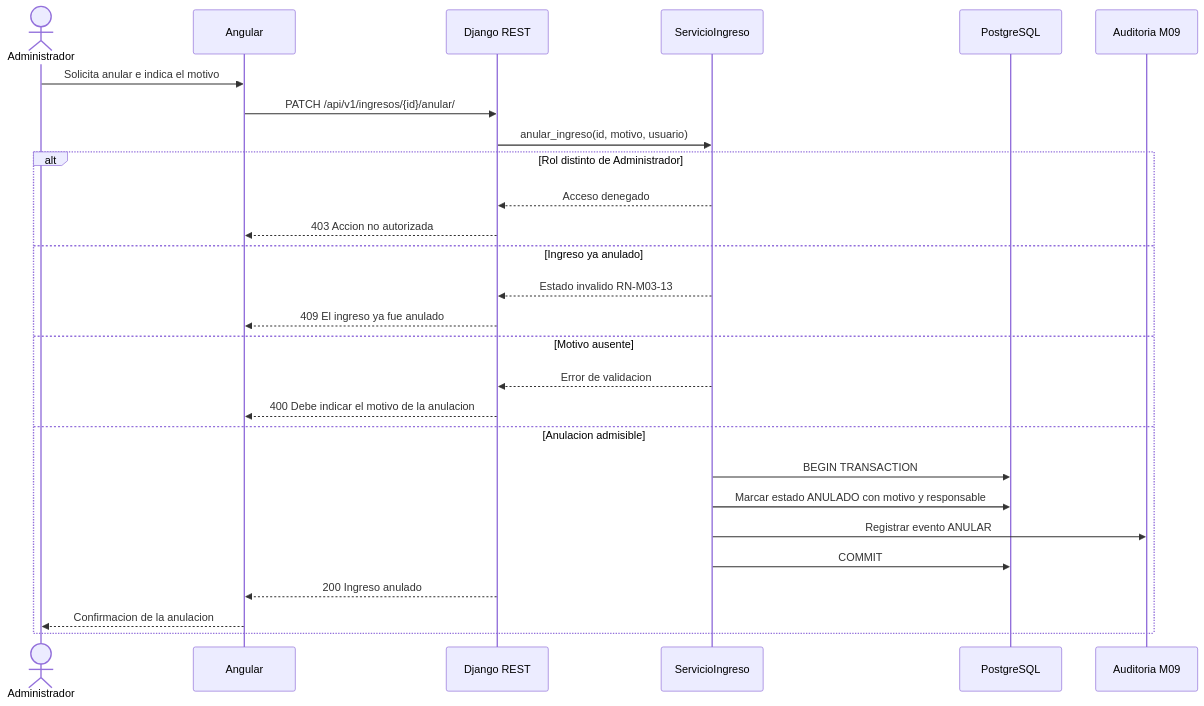
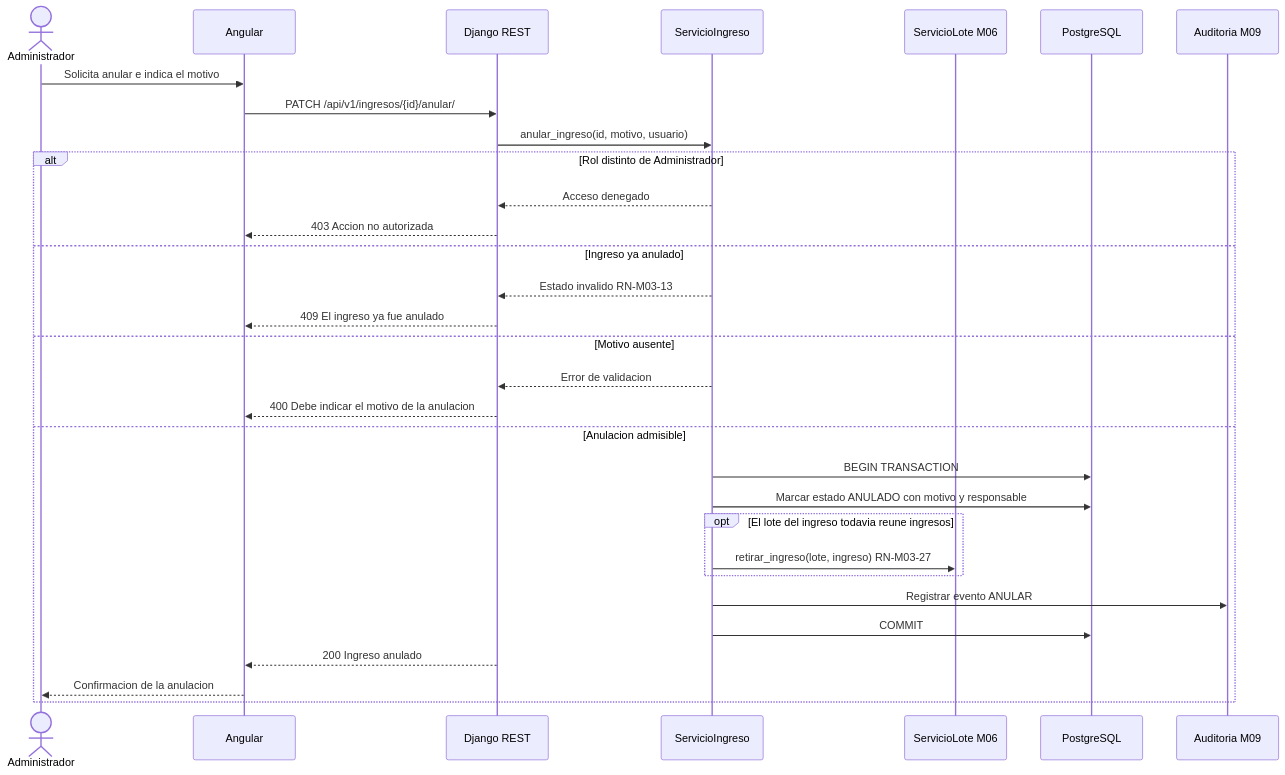
One commit to adlerOmonte1/LogisticaMinera changed the third of 5 diagrams in docs/modulos/M03-ingresos/diagramas/secuencia.md. Above: the diagram before and after it, drawn with Mermaid. The commit also changed other lines of this file and 9 other files, not shown here.

````diff
--- a/docs/modulos/M03-ingresos/diagramas/secuencia.md
+++ b/docs/modulos/M03-ingresos/diagramas/secuencia.md
@@ -119,31 +141,35 @@
 ```mermaid
 sequenceDiagram
     actor D as Administrador
     participant NG as Angular
     participant API as Django REST
     participant SRV as ServicioIngreso
+    participant LOT as ServicioLote M06
     participant DB as PostgreSQL
     participant AUD as Auditoria M09
 
     D->>NG: Solicita anular e indica el motivo
     NG->>API: PATCH /api/v1/ingresos/{id}/anular/
     API->>SRV: anular_ingreso(id, motivo, usuario)
 
     alt Rol distinto de Administrador
         SRV-->>API: Acceso denegado
         API-->>NG: 403 Accion no autorizada
     else Ingreso ya anulado
         SRV-->>API: Estado invalido RN-M03-13
         API-->>NG: 409 El ingreso ya fue anulado
     else Motivo ausente
         SRV-->>API: Error de validacion
         API-->>NG: 400 Debe indicar el motivo de la anulacion
     else Anulacion admisible
         SRV->>DB: BEGIN TRANSACTION
         SRV->>DB: Marcar estado ANULADO con motivo y responsable
+        opt El lote del ingreso todavia reune ingresos
+            SRV->>LOT: retirar_ingreso(lote, ingreso) RN-M03-27
+        end
         SRV->>AUD: Registrar evento ANULAR
         SRV->>DB: COMMIT
         API-->>NG: 200 Ingreso anulado
         NG-->>D: Confirmacion de la anulacion
     end
 ```
````
